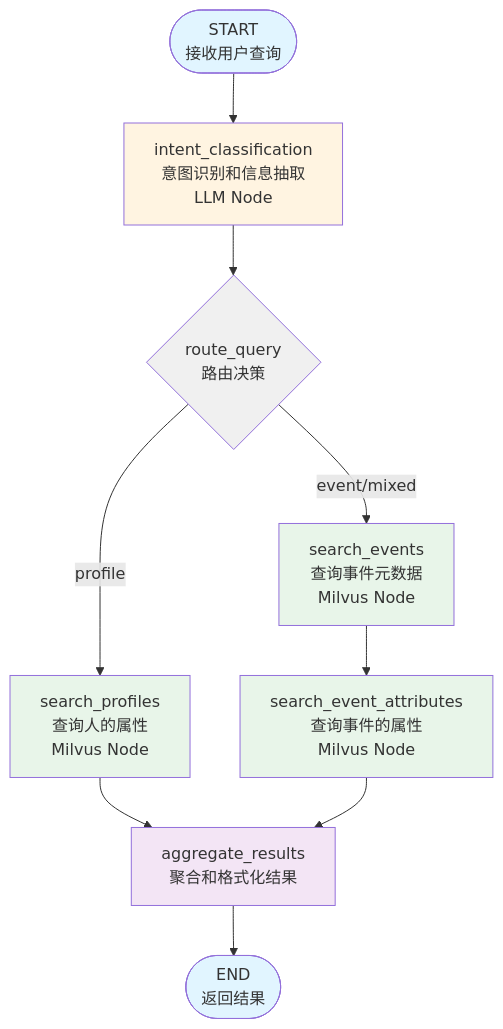
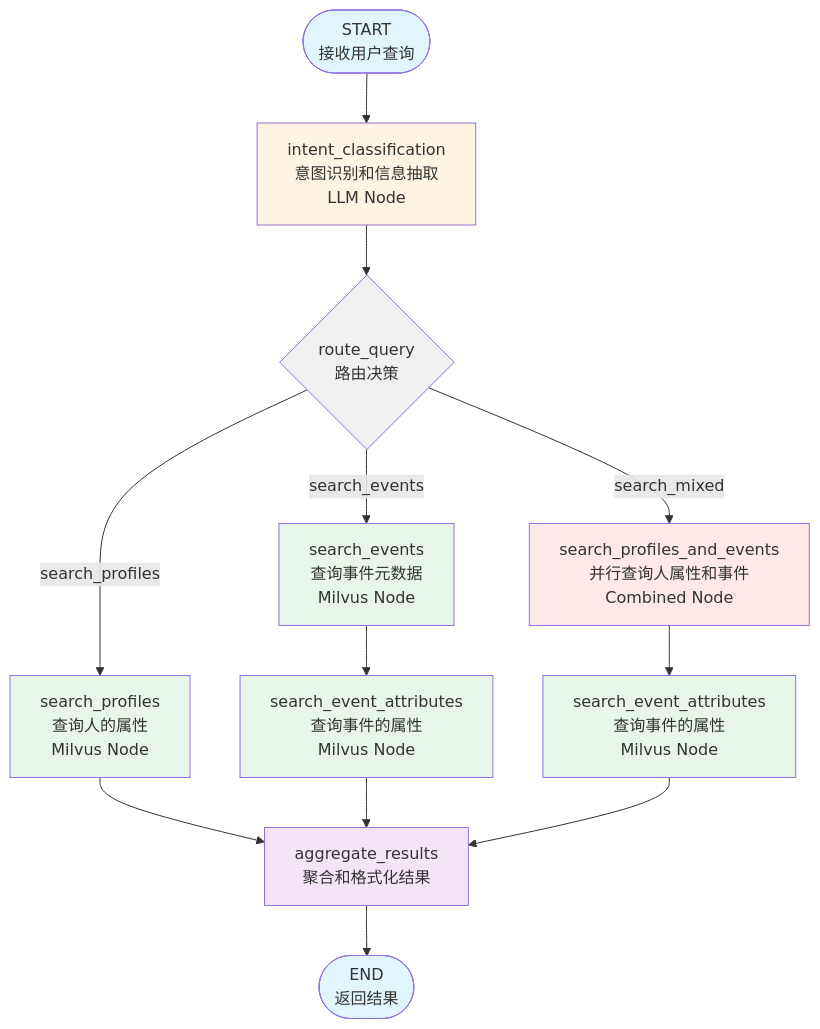
One commit to buptrobin/milvus-1 changed the first of 2 diagrams in LANGGRAPH_AGENT_DESIGN.md. Above: the diagram before and after it, drawn with Mermaid. The commit also changed other lines of this file and 12 other files, not shown here.

````diff
--- a/LANGGRAPH_AGENT_DESIGN.md
+++ b/LANGGRAPH_AGENT_DESIGN.md
@@ -95,24 +99,30 @@
 ```mermaid
 graph TD
     Start([START<br/>接收用户查询]) --> Intent[intent_classification<br/>意图识别和信息抽取<br/>LLM Node]
     Intent --> Route{route_query<br/>路由决策}
 
-    Route -->|profile| SearchProfiles[search_profiles<br/>查询人的属性<br/>Milvus Node]
-    Route -->|event/mixed| SearchEvents[search_events<br/>查询事件元数据<br/>Milvus Node]
+    Route -->|search_profiles| SearchProfiles[search_profiles<br/>查询人的属性<br/>Milvus Node]
+    Route -->|search_events| SearchEvents[search_events<br/>查询事件元数据<br/>Milvus Node]
+    Route -->|search_mixed| SearchMixed[search_profiles_and_events<br/>并行查询人属性和事件<br/>Combined Node]
+
+    SearchProfiles --> Aggregate[aggregate_results<br/>聚合和格式化结果]
 
     SearchEvents --> SearchEventAttr[search_event_attributes<br/>查询事件的属性<br/>Milvus Node]
+    SearchEventAttr --> Aggregate
 
-    SearchProfiles --> Aggregate[aggregate_results<br/>聚合和格式化结果]
-    SearchEventAttr --> Aggregate
+    SearchMixed --> SearchEventAttr2[search_event_attributes<br/>查询事件的属性<br/>Milvus Node]
+    SearchEventAttr2 --> Aggregate
 
     Aggregate --> End([END<br/>返回结果])
 
     style Start fill:#e1f5ff
     style Intent fill:#fff4e1
     style Route fill:#f0f0f0
     style SearchProfiles fill:#e8f5e9
     style SearchEvents fill:#e8f5e9
+    style SearchMixed fill:#ffe8e8
     style SearchEventAttr fill:#e8f5e9
+    style SearchEventAttr2 fill:#e8f5e9
     style Aggregate fill:#f3e5f5
     style End fill:#e1f5ff
 ```
````
